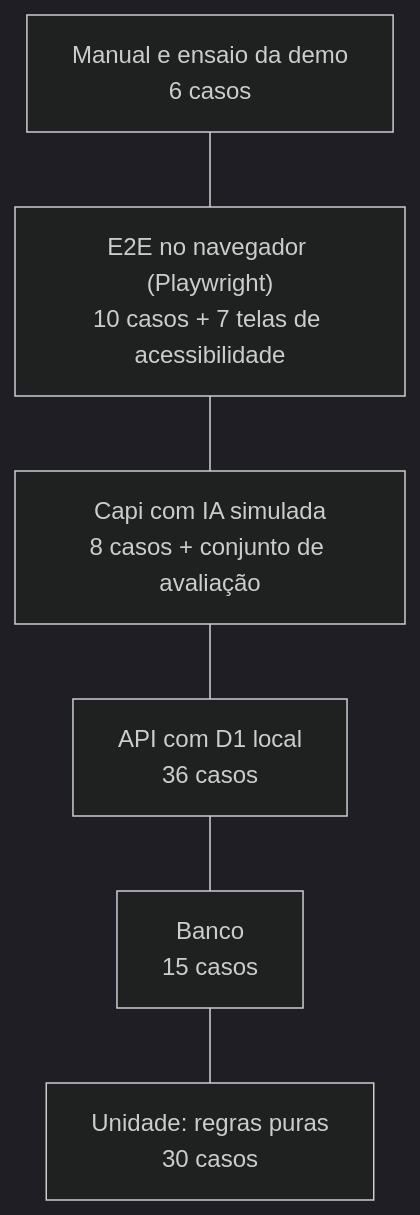
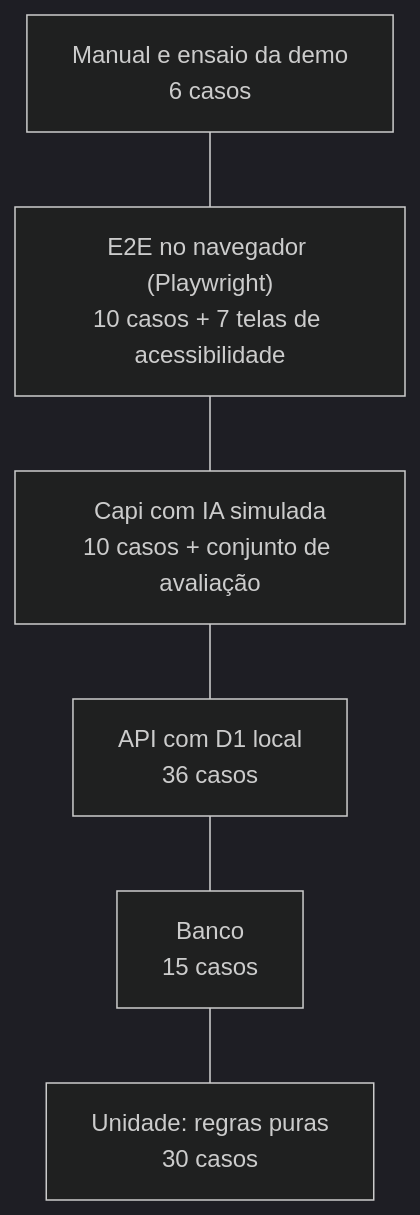
The diagram in docs/testes.md (Gustavo16378/tyranitar-capim-dourado), drawn with Mermaid (dark theme) before and after one commit. The commit also changed other lines of this file and 3 other files, not shown here.

````diff
--- a/docs/testes.md
+++ b/docs/testes.md
@@ -9,10 +9,10 @@
 ```mermaid
 flowchart TB
   m["Manual e ensaio da demo<br/>6 casos"]
   e["E2E no navegador (Playwright)<br/>10 casos + 7 telas de acessibilidade"]
-  i["Capi com IA simulada<br/>8 casos + conjunto de avaliação"]
+  i["Capi com IA simulada<br/>10 casos + conjunto de avaliação"]
   a["API com D1 local<br/>36 casos"]
   b["Banco<br/>15 casos"]
   u["Unidade: regras puras<br/>30 casos"]
   m --- e --- i --- a --- b --- u
 ```
````
